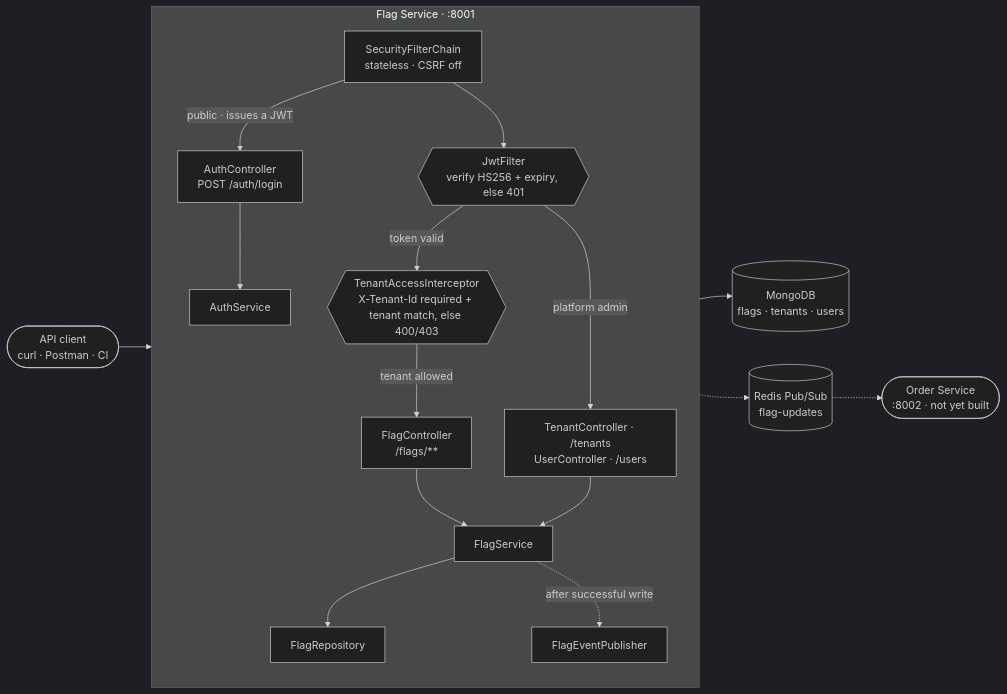
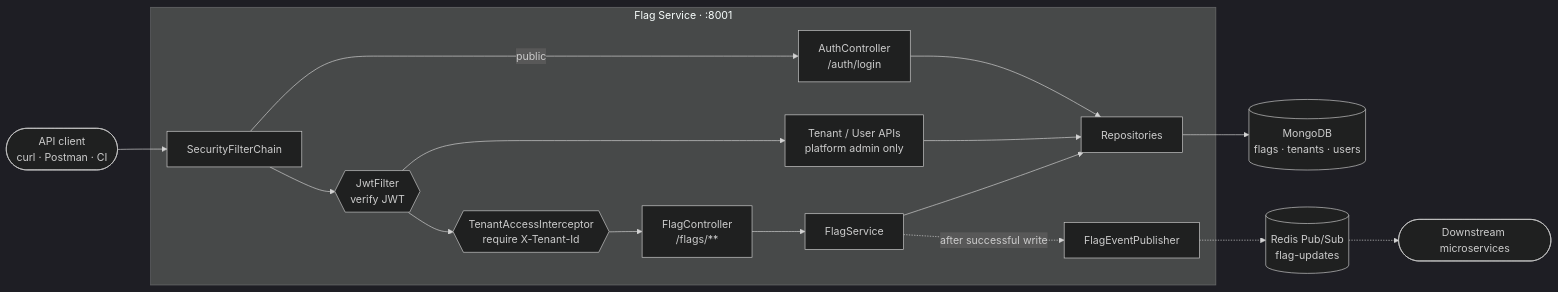
The diagram in README.md (nitinryali/FF-Service), drawn with Mermaid (dark theme) before and after one commit. The commit also changed other lines of this file, not shown here.

First line of the commit message:
Simplify README around the multi-tenant workflow

````diff
--- a/README.md
+++ b/README.md
@@ -67,37 +31,35 @@
 ```mermaid
 flowchart LR
     Client(["API client<br/>curl · Postman · CI"])
 
     subgraph SVC["Flag Service · :8001"]
-        direction TB
-        Sec["SecurityFilterChain<br/>stateless · CSRF off"]
-        Jwt{{"JwtFilter<br/>verify HS256 + expiry, else 401"}}
-        Tenant{{"TenantAccessInterceptor<br/>X-Tenant-Id required + tenant match, else 400/403"}}
-        Auth["AuthController<br/>POST /auth/login"]
-        Admin["TenantController · /tenants<br/>UserController · /users"]
+        Sec["SecurityFilterChain"]
+        Jwt{{"JwtFilter<br/>verify JWT"}}
+        Tenant{{"TenantAccessInterceptor<br/>require X-Tenant-Id"}}
+        Auth["AuthController<br/>/auth/login"]
+        Admin["Tenant / User APIs<br/>platform admin only"]
         Flags["FlagController<br/>/flags/**"]
-        AS["AuthService"]
         FS["FlagService"]
-        Repo["FlagRepository"]
+        Repo["Repositories"]
         Pub["FlagEventPublisher"]
     end
 
     Mongo[("MongoDB<br/>flags · tenants · users")]
     Redis[("Redis Pub/Sub<br/>flag-updates")]
-    Order(["Order Service<br/>:8002 · not yet built"])
+    Downstream(["Downstream microservices"])
 
     Client --> Sec
-    Sec -->|"public · issues a JWT"| Auth
+    Sec -->|"public"| Auth
     Sec --> Jwt
-    Jwt -->|"token valid"| Tenant
-    Jwt -->|"platform admin"| Admin
-    Tenant -->|"tenant allowed"| Flags
-    Auth --> AS
-    Admin --> FS
+    Jwt --> Tenant
+    Jwt --> Admin
+    Tenant --> Flags
+    Auth --> Repo
+    Admin --> Repo
     Flags --> FS
     FS --> Repo
     Repo --> Mongo
     FS -.->|"after successful write"| Pub
     Pub -.-> Redis
-    Redis -.-> Order
+    Redis -.-> Downstream
 ```
````
